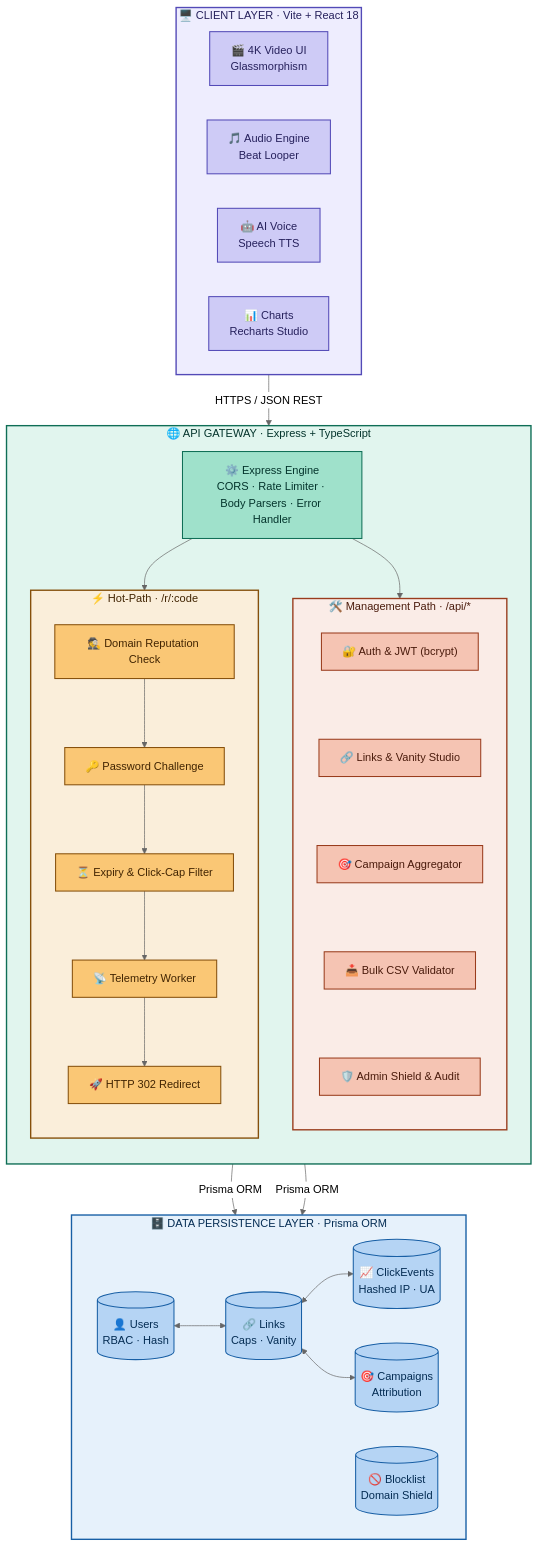
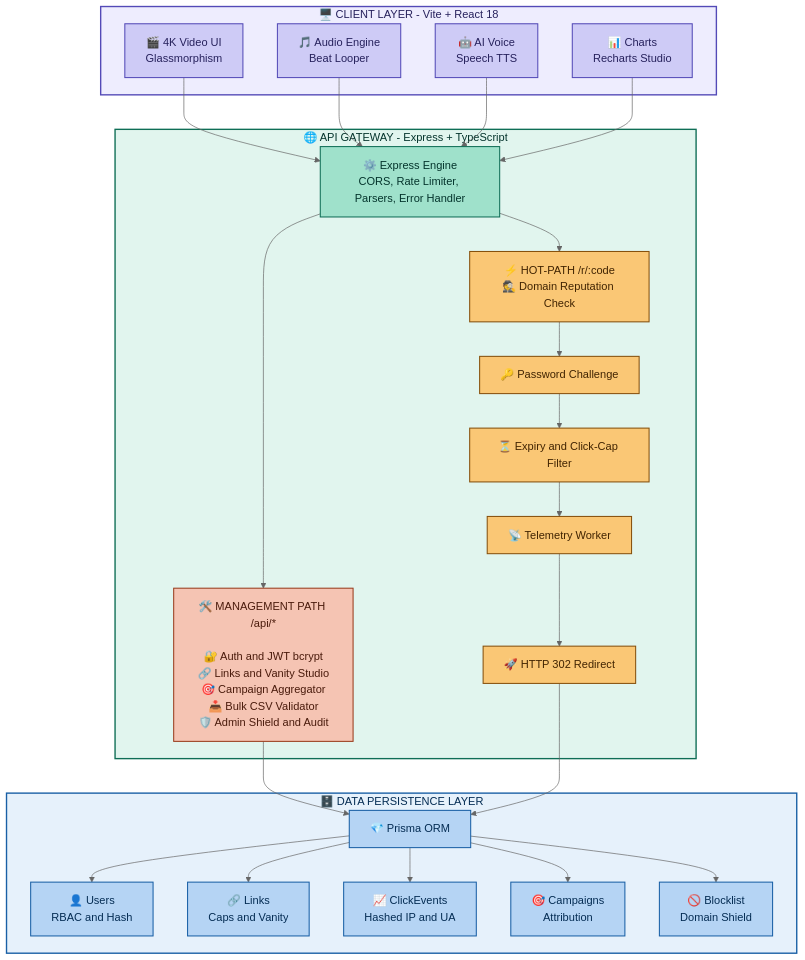
Before and after one commit to ujjwalchaudharyyy/INNOVISTA: the first of 2 diagrams in README.md, drawn with Mermaid (neutral theme). The commit also changed other lines of this file, not shown here.

Commit message:
system arcitecture updated

````diff
--- a/README.md
+++ b/README.md
@@ -61,71 +63,59 @@
 ```mermaid
 flowchart TB
-  subgraph CLIENT["🖥️ CLIENT LAYER · Vite + React 18"]
-    direction LR
+  subgraph CLIENT["🖥️ CLIENT LAYER - Vite + React 18"]
     C1["🎬 4K Video UI<br/>Glassmorphism"]
     C2["🎵 Audio Engine<br/>Beat Looper"]
     C3["🤖 AI Voice<br/>Speech TTS"]
     C4["📊 Charts<br/>Recharts Studio"]
   end
 
-  subgraph GATEWAY["🌐 API GATEWAY · Express + TypeScript"]
-    direction TB
-    EX["⚙️ Express Engine<br/>CORS · Rate Limiter · Body Parsers · Error Handler"]
-
-    subgraph MGMT["🛠️ Management Path · /api/*"]
-      direction TB
-      M1["🔐 Auth & JWT (bcrypt)"]
-      M2["🔗 Links & Vanity Studio"]
-      M3["🎯 Campaign Aggregator"]
-      M4["📥 Bulk CSV Validator"]
-      M5["🛡️ Admin Shield & Audit"]
-      M1 ~~~ M2 ~~~ M3 ~~~ M4 ~~~ M5
-    end
-
-    subgraph HOT["⚡ Hot-Path · /r/:code"]
-      direction TB
-      H1["🕵️ Domain Reputation Check"]
-      H2["🔑 Password Challenge"]
-      H3["⏳ Expiry & Click-Cap Filter"]
-      H4["📡 Telemetry Worker"]
-      H5["🚀 HTTP 302 Redirect"]
-      H1 --> H2 --> H3 --> H4 --> H5
-    end
-
-    EX --> MGMT
-    EX --> HOT
+  subgraph GATEWAY["🌐 API GATEWAY - Express + TypeScript"]
+    EX["⚙️ Express Engine<br/>CORS, Rate Limiter, Parsers, Error Handler"]
+    MG["🛠️ MANAGEMENT PATH /api/*<br/><br/>🔐 Auth and JWT bcrypt<br/>🔗 Links and Vanity Studio<br/>🎯 Campaign Aggregator<br/>📥 Bulk CSV Validator<br/>🛡️ Admin Shield and Audit"]
+    H1["⚡ HOT-PATH /r/:code<br/>🕵️ Domain Reputation Check"]
+    H2["🔑 Password Challenge"]
+    H3["⏳ Expiry and Click-Cap Filter"]
+    H4["📡 Telemetry Worker"]
+    H5["🚀 HTTP 302 Redirect"]
+    EX --> MG
+    EX --> H1
+    H1 --> H2 --> H3 --> H4 --> H5
   end
 
-  subgraph DATA["🗄️ DATA PERSISTENCE LAYER · Prisma ORM"]
-    direction LR
-    D1[("👤 Users<br/>RBAC · Hash")]
-    D2[("🔗 Links<br/>Caps · Vanity")]
-    D3[("📈 ClickEvents<br/>Hashed IP · UA")]
-    D4[("🎯 Campaigns<br/>Attribution")]
-    D5[("🚫 Blocklist<br/>Domain Shield")]
-    D1 <--> D2 <--> D3
-    D2 <--> D4
+  subgraph DATA["🗄️ DATA PERSISTENCE LAYER"]
+    PR["💎 Prisma ORM"]
+    D1["👤 Users<br/>RBAC and Hash"]
+    D2["🔗 Links<br/>Caps and Vanity"]
+    D3["📈 ClickEvents<br/>Hashed IP and UA"]
+    D4["🎯 Campaigns<br/>Attribution"]
+    D5["🚫 Blocklist<br/>Domain Shield"]
+    PR --> D1
+    PR --> D2
+    PR --> D3
+    PR --> D4
+    PR --> D5
   end
 
-  CLIENT -->|"HTTPS / JSON REST"| EX
-  MGMT -->|"Prisma ORM"| DATA
-  HOT -->|"Prisma ORM"| DATA
+  C1 --> EX
+  C2 --> EX
+  C3 --> EX
+  C4 --> EX
+  MG --> PR
+  H5 --> PR
 
   classDef client fill:#CECBF6,stroke:#534AB7,color:#26215C,stroke-width:1.5px
   classDef engine fill:#9FE1CB,stroke:#0F6E56,color:#04342C,stroke-width:1.5px
   classDef mgmt fill:#F5C4B3,stroke:#993C1D,color:#4A1B0C,stroke-width:1.5px
   classDef hot fill:#FAC775,stroke:#854F0B,color:#412402,stroke-width:1.5px
   classDef data fill:#B5D4F4,stroke:#185FA5,color:#042C53,stroke-width:1.5px
 
   class C1,C2,C3,C4 client
   class EX engine
-  class M1,M2,M3,M4,M5 mgmt
+  class MG mgmt
   class H1,H2,H3,H4,H5 hot
-  class D1,D2,D3,D4,D5 data
+  class PR,D1,D2,D3,D4,D5 data
 
   style CLIENT fill:#EEEDFE,stroke:#534AB7,stroke-width:2px,color:#26215C
   style GATEWAY fill:#E1F5EE,stroke:#0F6E56,stroke-width:2px,color:#04342C
-  style MGMT fill:#FAECE7,stroke:#993C1D,stroke-width:2px,color:#4A1B0C
-  style HOT fill:#FAEEDA,stroke:#854F0B,stroke-width:2px,color:#412402
   style DATA fill:#E6F1FB,stroke:#185FA5,stroke-width:2px,color:#042C53
 ```
````
